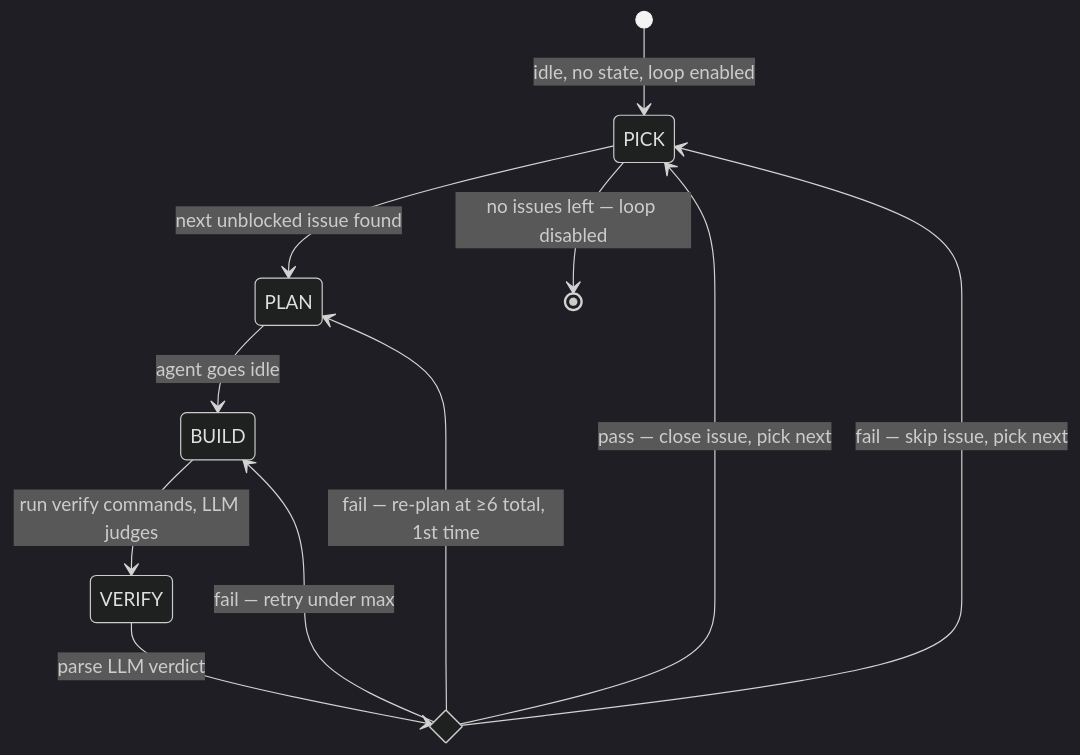
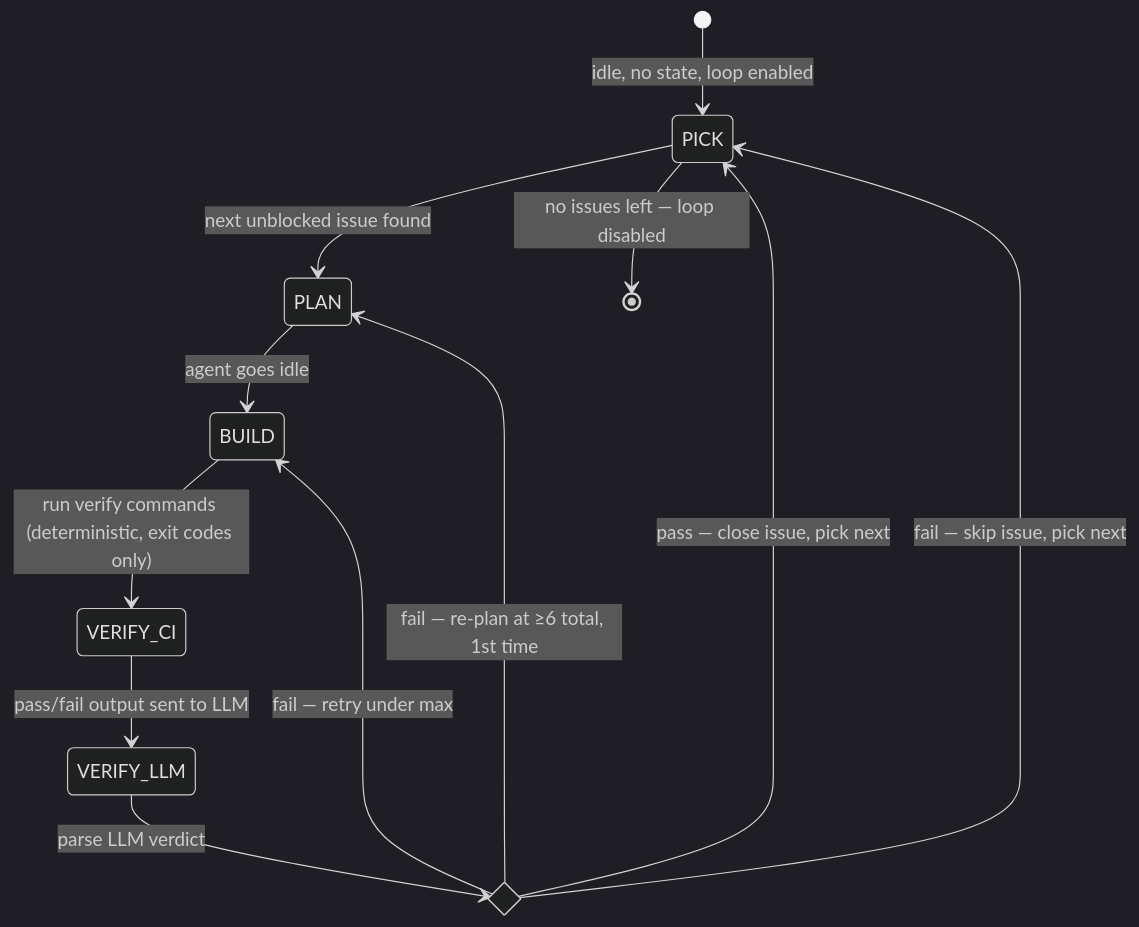
One commit to burner/grimes changed the second of 2 diagrams in README.md. Above: the diagram before and after it, drawn with Mermaid (dark theme). The commit also changed other lines of this file, not shown here.

First line of the commit message:
refactor: update README to include LLM verification phases

````diff
--- a/README.md
+++ b/README.md
@@ -165,19 +173,20 @@
 ```mermaid
 stateDiagram-v2
     [*] --> PICK : idle, no state, loop enabled
 
     state PICK <<choice>>
     PICK --> PLAN : next unblocked issue found
     PICK --> [*] : no issues left — loop disabled
 
     PLAN --> BUILD : agent goes idle
-    BUILD --> VERIFY : run verify commands, LLM judges
+    BUILD --> VERIFY_CI : run verify commands (deterministic, exit codes only)
+    VERIFY_CI --> VERIFY_LLM : pass/fail output sent to LLM
 
     state VERIFY_OUTCOME <<choice>>
-    VERIFY --> VERIFY_OUTCOME : parse LLM verdict
+    VERIFY_LLM --> VERIFY_OUTCOME : parse LLM verdict
 
     VERIFY_OUTCOME --> PICK : pass — close issue, pick next
     VERIFY_OUTCOME --> BUILD : fail — retry under max
     VERIFY_OUTCOME --> PLAN : fail — re-plan at ≥6 total, 1st time
     VERIFY_OUTCOME --> PICK : fail — skip issue, pick next
 ```
````
